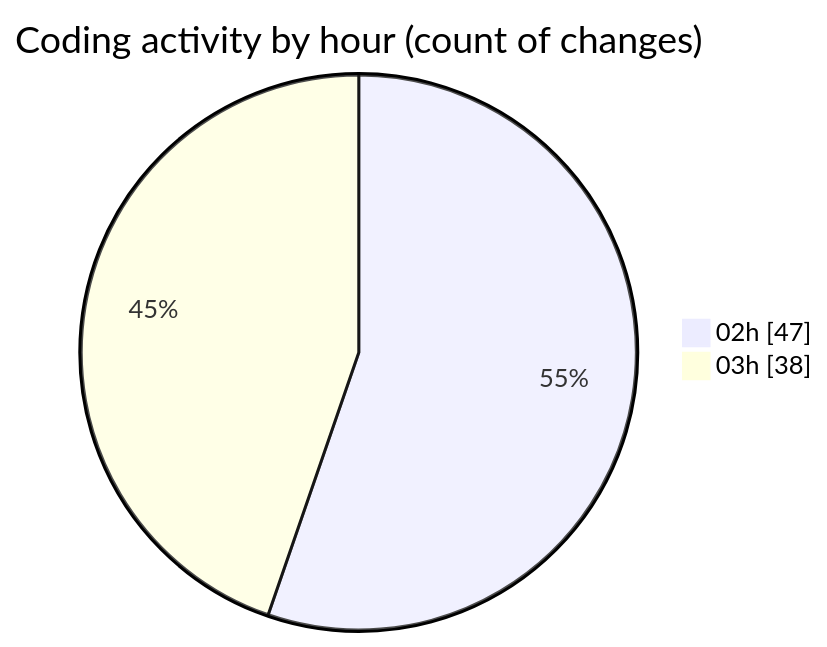
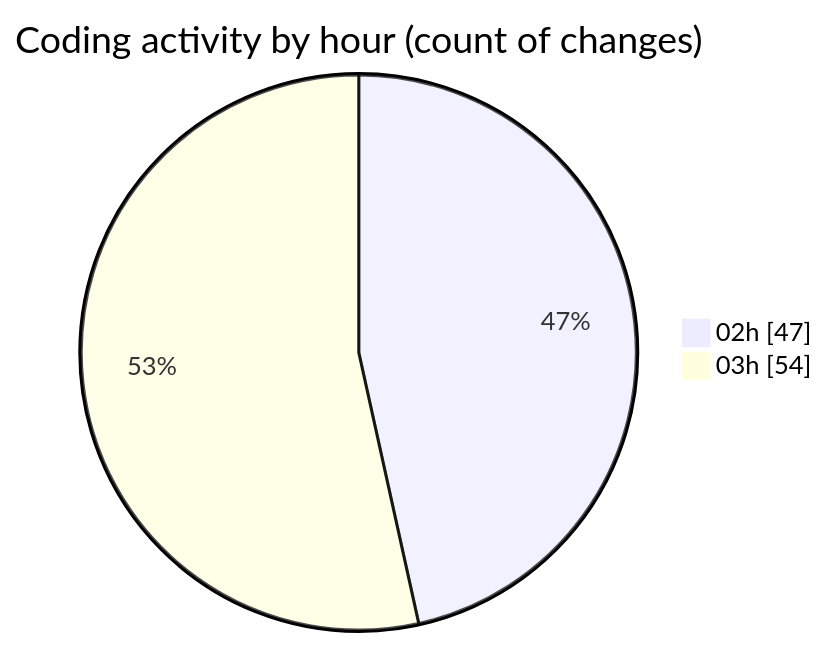
One commit to ernivani/code-tracking changed the second of 2 diagrams in 2025-01-02/3drust/README.md. Above: the diagram before and after it, drawn with Mermaid. The commit also changed other lines of this file and 2 other files, not shown here.

````diff
--- a/2025-01-02/3drust/README.md
+++ b/2025-01-02/3drust/README.md
@@ -36,6 +38,6 @@
 ```mermaid
 pie showData
 title Coding activity by hour (count of changes)
 "02h" : 47
-"03h" : 38
+"03h" : 54
 ```
````
